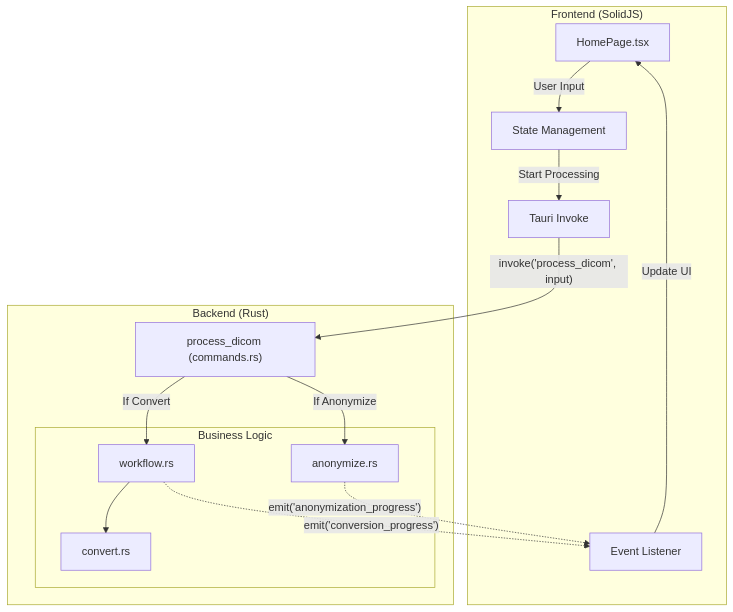
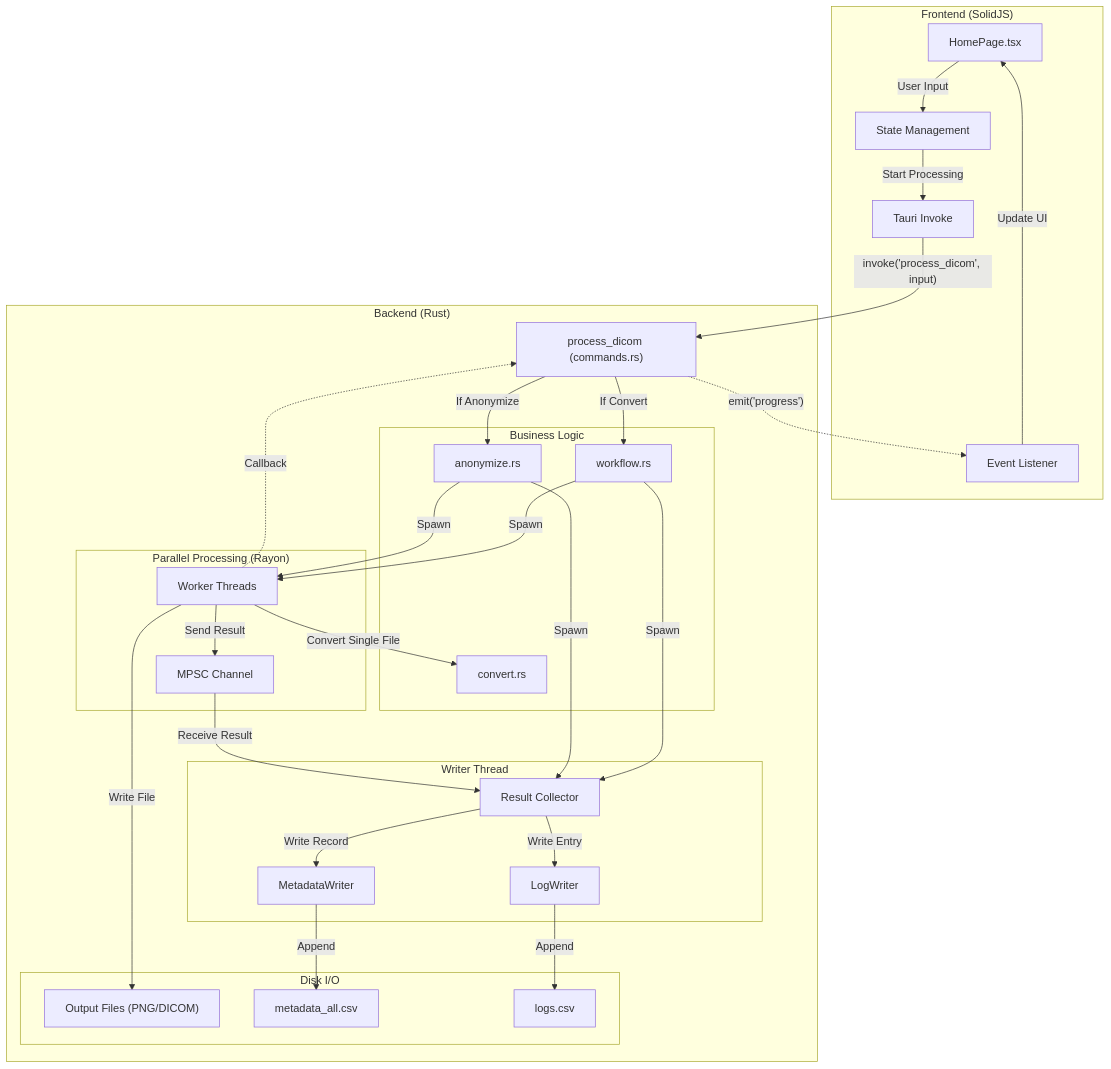
Before and after one commit to PuemMTH/dicom-app: the diagram in README.md, drawn with Mermaid. The commit also changed other lines of this file and 2 other files, not shown here.

Commit message:
feat: update README with new features and architecture details, and rename "Skipped" status to "Already exists" in the UI.

````diff
--- a/README.md
+++ b/README.md
@@ -17,38 +19,73 @@
 ```mermaid
 graph TD
     subgraph Frontend ["Frontend (SolidJS)"]
         Page["HomePage.tsx"]
         Store["State Management"]
         Invoke["Tauri Invoke"]
         Listener["Event Listener"]
     end
 
     subgraph Backend ["Backend (Rust)"]
         Command["process_dicom (commands.rs)"]
         
         subgraph Logic ["Business Logic"]
             Workflow["workflow.rs"]
             Anonymize["anonymize.rs"]
             Convert["convert.rs"]
         end
+
+        subgraph ParallelProcessing ["Parallel Processing (Rayon)"]
+            Worker["Worker Threads"]
+            Channel["MPSC Channel"]
+        end
+
+        subgraph WriterThread ["Writer Thread"]
+            WriterLogic["Result Collector"]
+            MetaWriter["MetadataWriter"]
+            LogWriter["LogWriter"]
+        end
+
+        subgraph IO ["Disk I/O"]
+            Files["Output Files (PNG/DICOM)"]
+            CSV["metadata_all.csv"]
+            Logs["logs.csv"]
+        end
     end
 
     %% User Interaction
     Page -->|"User Input"| Store
     Store -->|"Start Processing"| Invoke
 
     %% IPC Call
     Invoke -->|"invoke('process_dicom', input)"| Command
 
     %% Backend Processing
     Command -->|"If Convert"| Workflow
     Command -->|"If Anonymize"| Anonymize
-    Workflow --> Convert
+    
+    Workflow -->|"Spawn"| Worker
+    Anonymize -->|"Spawn"| Worker
+    
+    Worker -->|"Convert Single File"| Convert
+    Worker -->|"Write File"| Files
+
+    %% Incremental Saving Flow
+    Workflow -->|"Spawn"| WriterLogic
+    Anonymize -->|"Spawn"| WriterLogic
+    
+    Worker --"Send Result"--> Channel
+    Channel --"Receive Result"--> WriterLogic
+    
+    WriterLogic -->|"Write Record"| MetaWriter
+    WriterLogic -->|"Write Entry"| LogWriter
+    
+    MetaWriter -->|"Append"| CSV
+    LogWriter -->|"Append"| Logs
 
     %% Progress Reporting
-    Workflow -.->|"emit('conversion_progress')"| Listener
-    Anonymize -.->|"emit('anonymization_progress')"| Listener
+    Worker -.->|"Callback"| Command
+    Command -.->|"emit('progress')"| Listener
 
     %% Feedback Loop
     Listener -->|"Update UI"| Page
 ```
````
